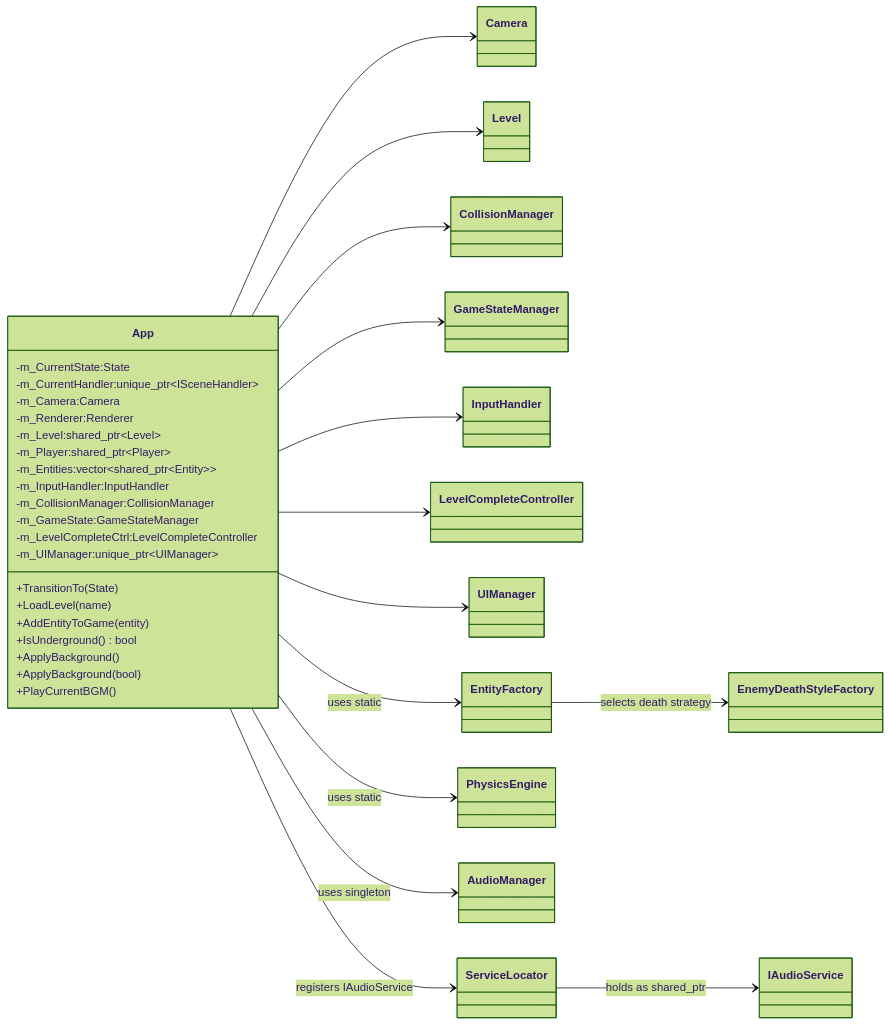
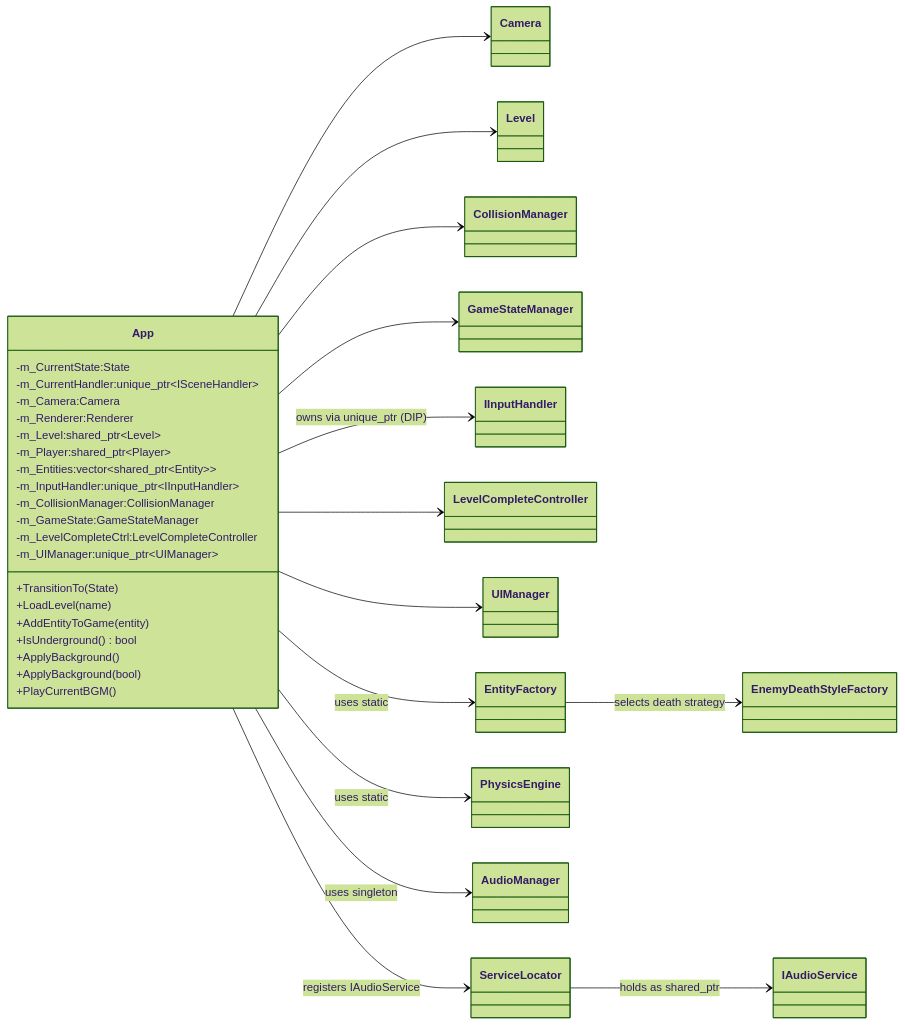
One commit to Andy87877/NTUT_OOPL_mario changed the eighth of 12 diagrams in Constructure.md. Above: the diagram before and after it, drawn with Mermaid (forest theme). The commit also changed other lines of this file and 164 other files, not shown here.

First line of the commit message:
refactor: Implement InputHandler, CoinUI, FloatingText, and UIManager

````diff
--- a/Constructure.md
+++ b/Constructure.md
@@ -410,40 +494,40 @@
 ```mermaid
 classDiagram
     direction LR
 
     class App {
         -m_CurrentState:State
         -m_CurrentHandler:unique_ptr~ISceneHandler~
         -m_Camera:Camera
         -m_Renderer:Renderer
         -m_Level:shared_ptr~Level~
         -m_Player:shared_ptr~Player~
         -m_Entities:vector~shared_ptr~Entity~~
-        -m_InputHandler:InputHandler
+        -m_InputHandler:unique_ptr~IInputHandler~
         -m_CollisionManager:CollisionManager
         -m_GameState:GameStateManager
         -m_LevelCompleteCtrl:LevelCompleteController
         -m_UIManager:unique_ptr~UIManager~
         +TransitionTo(State)
         +LoadLevel(name)
         +AddEntityToGame(entity)
         +IsUnderground() bool
         +ApplyBackground()
         +ApplyBackground(bool)
         +PlayCurrentBGM()
     }
 
     App --> Camera
     App --> Level
     App --> CollisionManager
     App --> GameStateManager
-    App --> InputHandler
+    App --> IInputHandler       : owns via unique_ptr (DIP)
     App --> LevelCompleteController
     App --> UIManager
     App --> EntityFactory      : uses static
     App --> PhysicsEngine      : uses static
     App --> AudioManager       : uses singleton
     App --> ServiceLocator     : registers IAudioService
     EntityFactory --> EnemyDeathStyleFactory : selects death strategy
     ServiceLocator --> IAudioService : holds as shared_ptr
 ```
````
